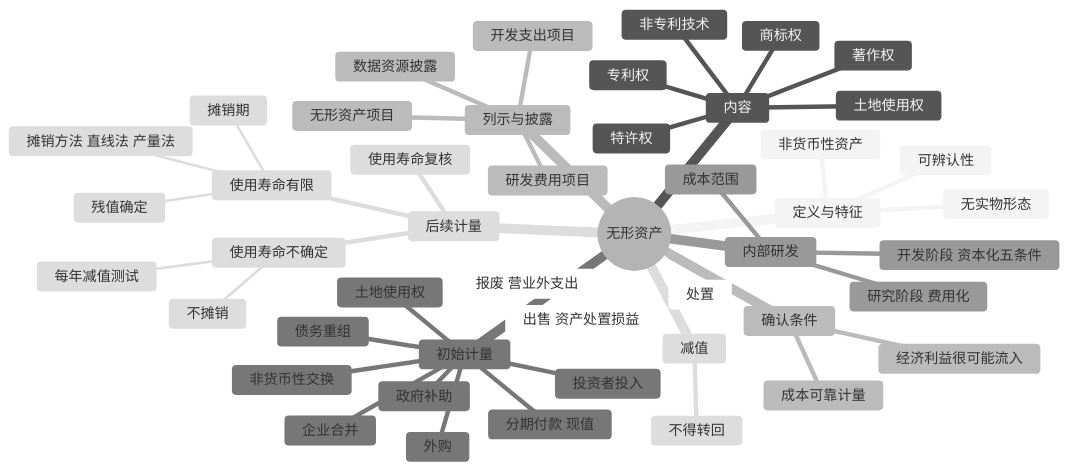
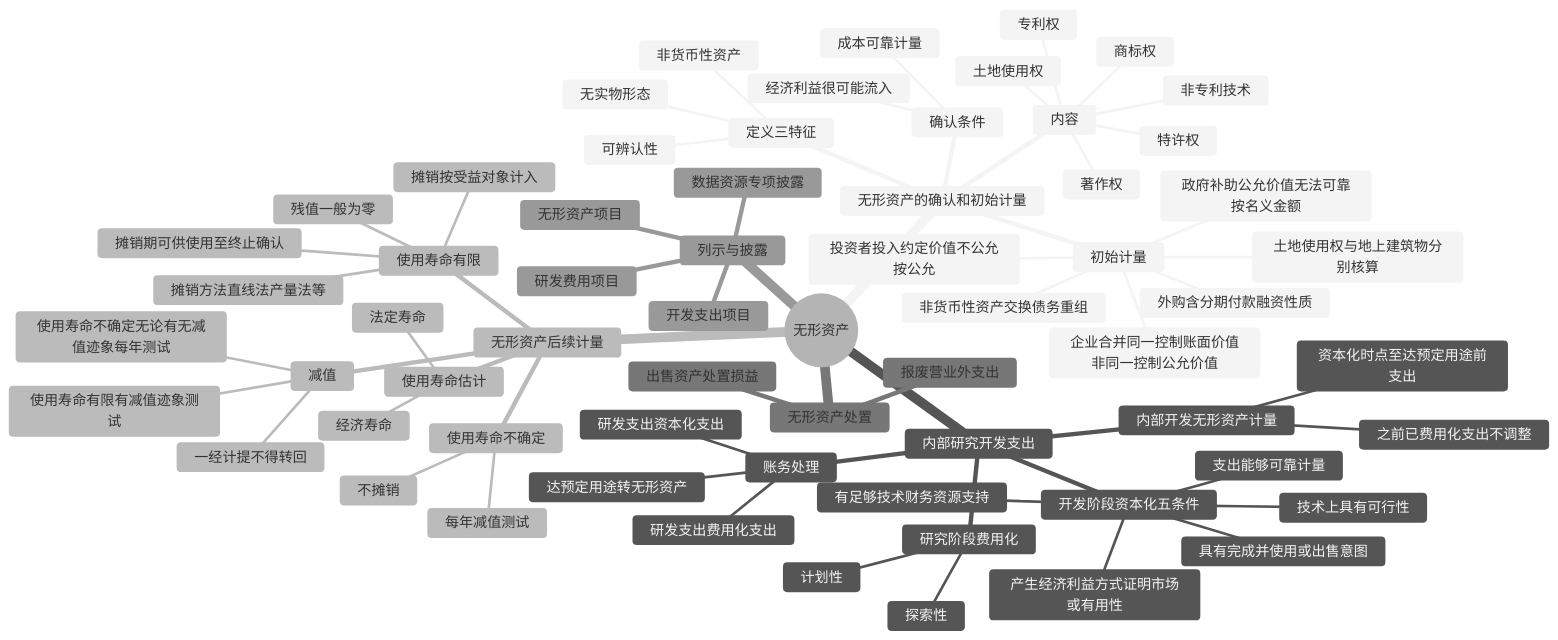
One commit to 106-official/deepsleep-blog changed the diagram in content/learn/cpa/02-accounting/04-intangible-assets.md. Above: the diagram before and after it, drawn with Mermaid (neutral theme). The commit also changed other lines of this file and 149 other files, not shown here.

````diff
--- a/content/learn/cpa/02-accounting/04-intangible-assets.md
+++ b/content/learn/cpa/02-accounting/04-intangible-assets.md
@@ -33,50 +58,67 @@
 ```mermaid
 mindmap
   root((无形资产))
-    定义与特征
-      无实物形态
-      可辨认性
-      非货币性资产
-    内容
-      专利权
-      非专利技术
-      商标权
-      著作权
-      特许权
-      土地使用权
-    确认条件
-      经济利益很可能流入
-      成本可靠计量
-    初始计量
-      外购
-      分期付款 现值
-      投资者投入
-      非货币性交换
-      债务重组
-      政府补助
-      土地使用权
-      企业合并
-    内部研发
-      研究阶段 费用化
-      开发阶段 资本化五条件
-      成本范围
-    后续计量
+    无形资产的确认和初始计量
+      定义三特征
+        无实物形态
+        可辨认性
+        非货币性资产
+      内容
+        专利权
+        非专利技术
+        商标权
+        著作权
+        特许权
+        土地使用权
+      确认条件
+        经济利益很可能流入
+        成本可靠计量
+      初始计量
+        外购含分期付款融资性质
+        投资者投入约定价值不公允按公允
+        政府补助公允价值无法可靠按名义金额
+        非货币性资产交换债务重组
+        土地使用权与地上建筑物分别核算
+        企业合并同一控制账面价值非同一控制公允价值
+    内部研究开发支出
+      研究阶段费用化
+        计划性
+        探索性
+      开发阶段资本化五条件
+        技术上具有可行性
+        具有完成并使用或出售意图
+        产生经济利益方式证明市场或有用性
+        有足够技术财务资源支持
+        支出能够可靠计量
+      内部开发无形资产计量
+        资本化时点至达预定用途前支出
+        之前已费用化支出不调整
+      账务处理
+        研发支出费用化支出
+        研发支出资本化支出
+        达预定用途转无形资产
+    无形资产后续计量
+      使用寿命估计
+        法定寿命
+        经济寿命
       使用寿命有限
-        摊销方法 直线法 产量法
-        残值确定
-        摊销期
+        摊销期可供使用至终止确认
+        摊销方法直线法产量法等
+        残值一般为零
+        摊销按受益对象计入
       使用寿命不确定
         不摊销
         每年减值测试
-      使用寿命复核
-    处置
-      出售 资产处置损益
-      报废 营业外支出
-    减值
-      不得转回
+      减值
+        使用寿命有限有减值迹象测试
+        使用寿命不确定无论有无减值迹象每年测试
+        一经计提不得转回
+    无形资产处置
+      出售资产处置损益
+      报废营业外支出
     列示与披露
       无形资产项目
       开发支出项目
       研发费用项目
-      数据资源披露
+      数据资源专项披露
 ```
````
